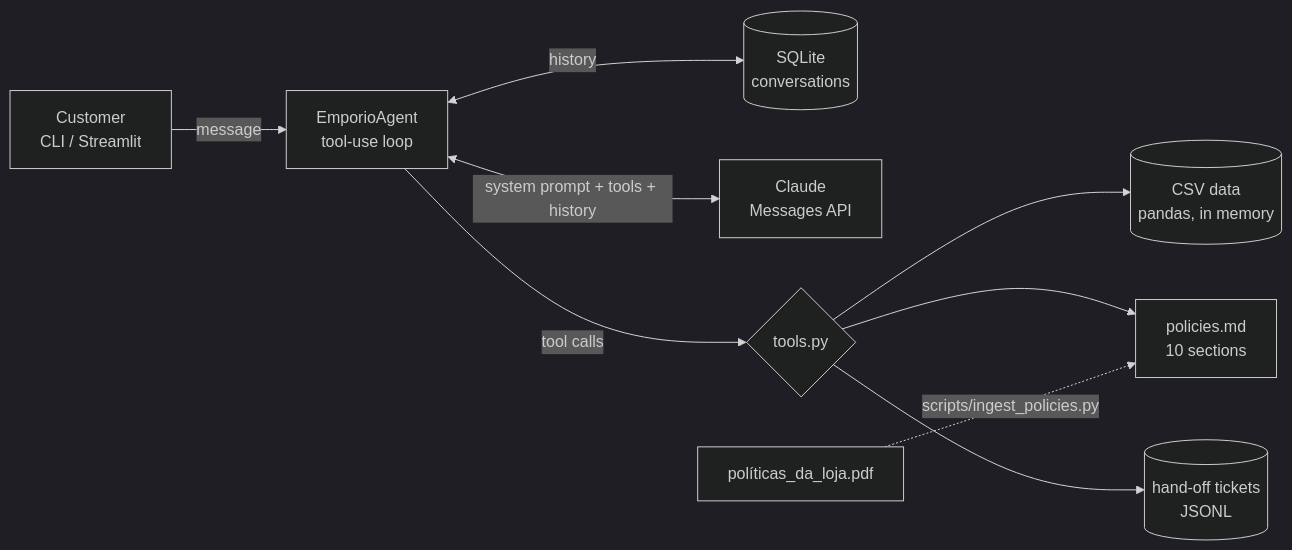
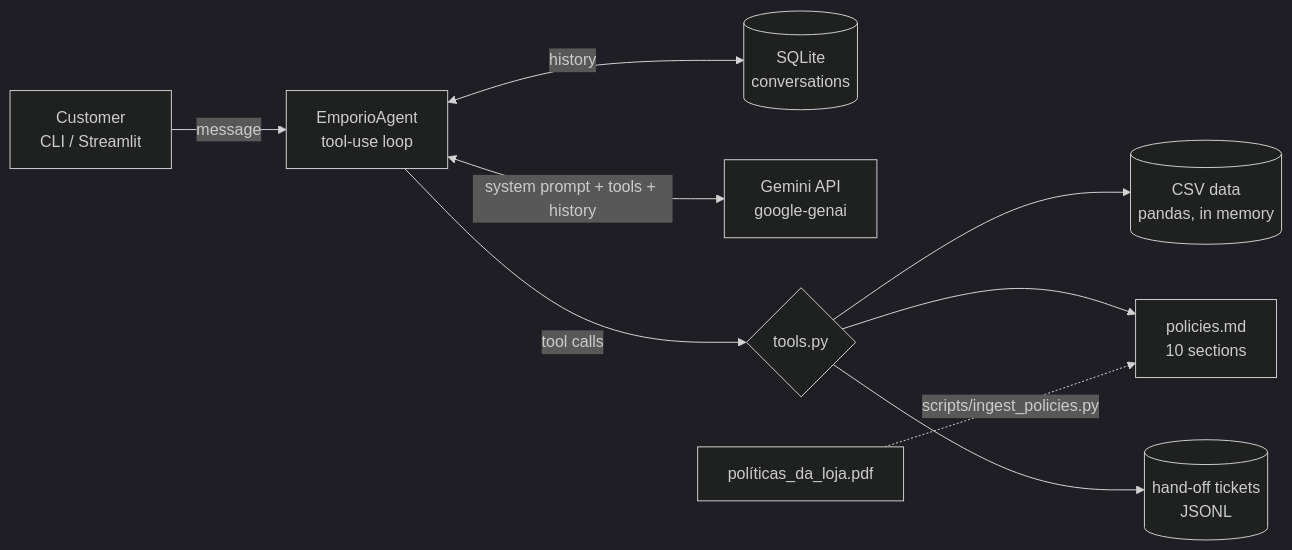
One commit to CauaMata14/emporio-da-musica-agent changed the diagram in README.md. Above: the diagram before and after it, drawn with Mermaid (dark theme). The commit also changed other lines of this file and 9 other files, not shown here.

First line of the commit message:
Switch the agent from the Claude API to Gemini (free tier)

````diff
--- a/README.md
+++ b/README.md
@@ -58,11 +57,11 @@
 ```mermaid
 flowchart LR
     U[Customer<br/>CLI / Streamlit] -->|message| A[EmporioAgent<br/>tool-use loop]
     A <-->|history| M[(SQLite<br/>conversations)]
-    A <-->|system prompt + tools + history| C[Claude<br/>Messages API]
+    A <-->|system prompt + tools + history| C[Gemini API<br/>google-genai]
     A -->|tool calls| T{tools.py}
     T --> D[(CSV data<br/>pandas, in memory)]
     T --> P[policies.md<br/>10 sections]
     T --> H[(hand-off tickets<br/>JSONL)]
     PDF[políticas_da_loja.pdf] -.->|scripts/ingest_policies.py| P
 ```
````
